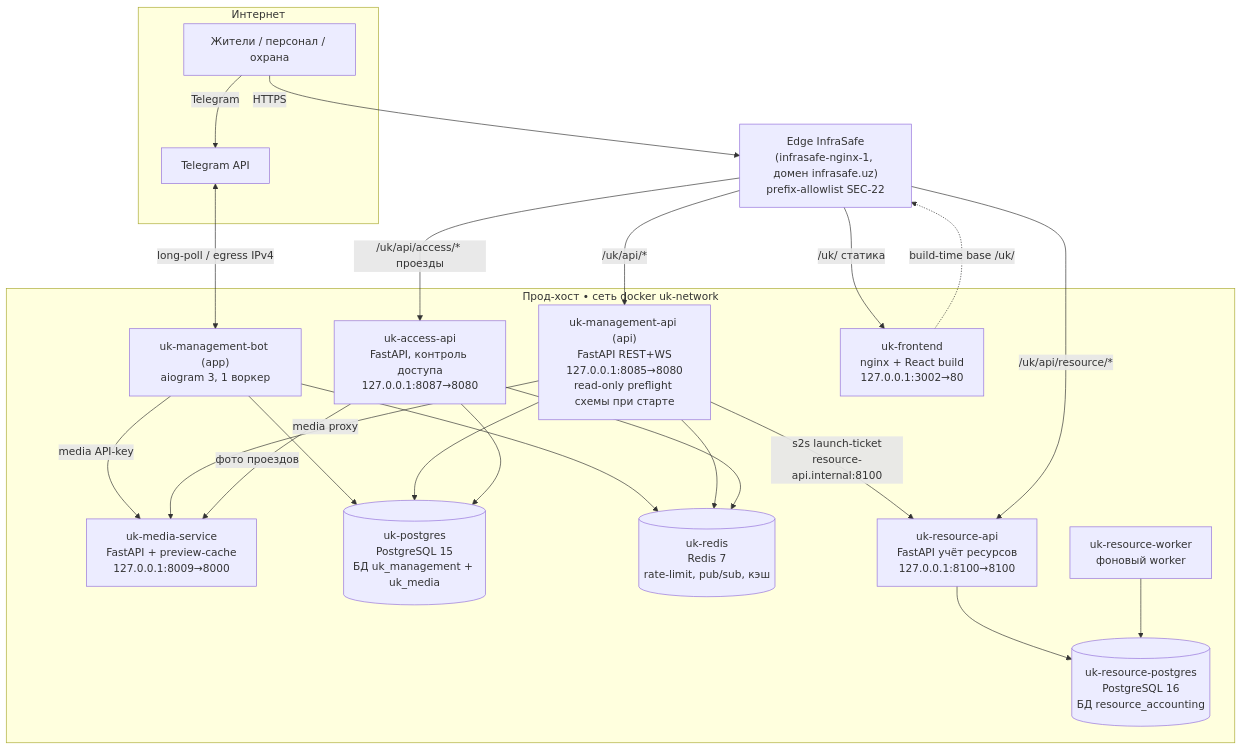
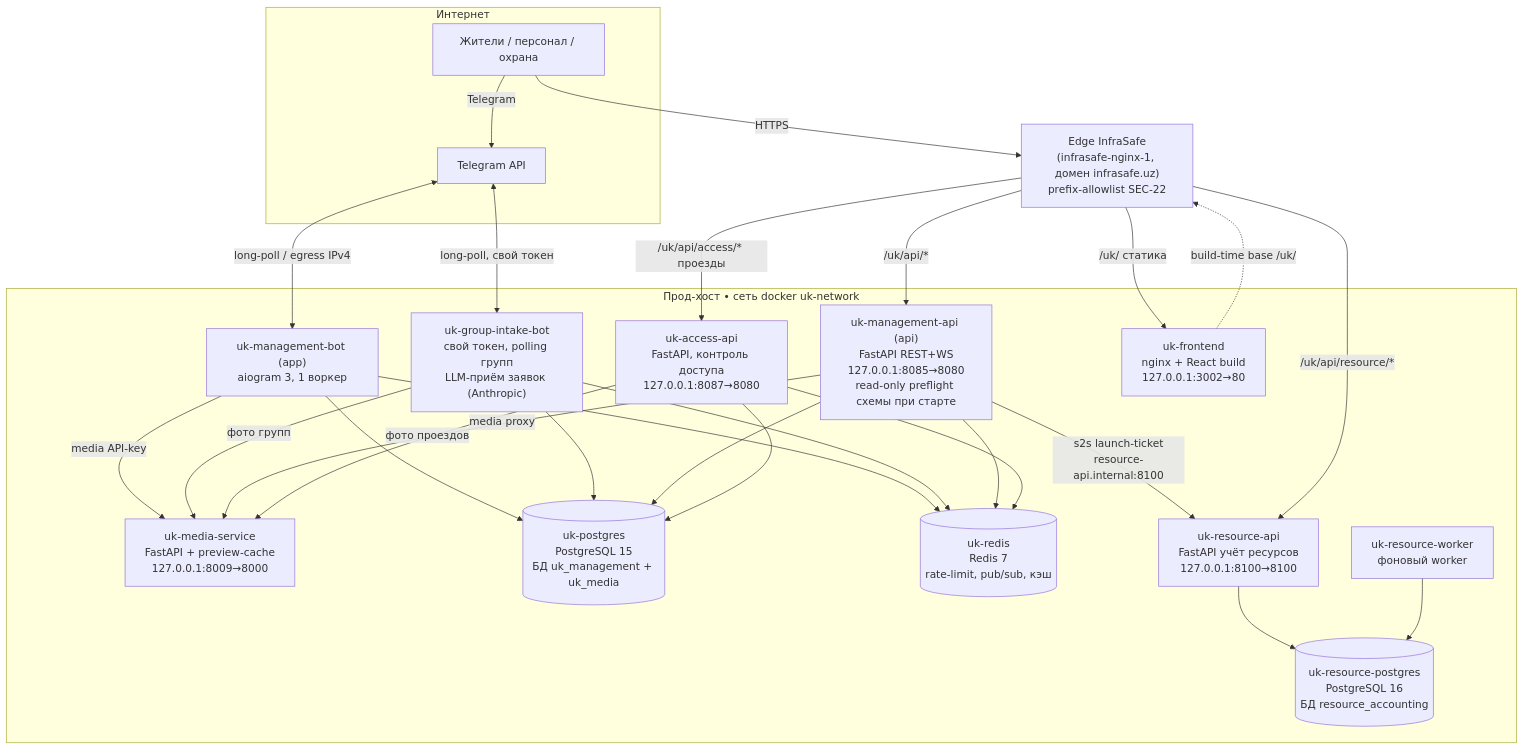
The diagram in docs/tech/ARCHITECTURE.md (a-afanasyev/Infrasafe_bot), drawn with Mermaid before and after one commit. The commit also changed other lines of this file and 13 other files, not shown here.

````diff
--- a/docs/tech/ARCHITECTURE.md
+++ b/docs/tech/ARCHITECTURE.md
@@ -64,44 +66,49 @@
 ```mermaid
 flowchart TB
     subgraph internet[Интернет]
         tg[Telegram API]
         user[Жители / персонал / охрана]
     end
 
     edge["Edge InfraSafe\n(infrasafe-nginx-1, домен infrasafe.uz)\nprefix-allowlist SEC-22"]
 
     subgraph host[Прод-хост • сеть docker uk-network]
         bot["uk-management-bot (app)\naiogram 3, 1 воркер"]
+        gib["uk-group-intake-bot\nсвой токен, polling групп\nLLM-приём заявок (Anthropic)"]
         api["uk-management-api (api)\nFastAPI REST+WS\n127.0.0.1:8085→8080\nread-only preflight схемы при старте"]
         access["uk-access-api\nFastAPI, контроль доступа\n127.0.0.1:8087→8080"]
         front["uk-frontend\nnginx + React build\n127.0.0.1:3002→80"]
         media["uk-media-service\nFastAPI + preview-cache\n127.0.0.1:8009→8000"]
         pg[("uk-postgres\nPostgreSQL 15\nБД uk_management + uk_media")]
         redis[("uk-redis\nRedis 7\nrate-limit, pub/sub, кэш")]
         rapi["uk-resource-api\nFastAPI учёт ресурсов\n127.0.0.1:8100→8100"]
         rworker["uk-resource-worker\nфоновый worker"]
         rpg[("uk-resource-postgres\nPostgreSQL 16\nБД resource_accounting")]
     end
 
     user -->|HTTPS| edge
     user -->|Telegram| tg
     tg <-->|long-poll / egress IPv4| bot
     edge -->|/uk/ статика| front
     edge -->|/uk/api/*| api
     edge -->|/uk/api/access/* проезды| access
 
     bot --> pg
     bot --> redis
     bot -->|media API-key| media
+    tg <-->|long-poll, свой токен| gib
+    gib --> pg
+    gib --> redis
+    gib -->|фото групп| media
     api --> pg
     api --> redis
     api -->|media proxy| media
     access --> pg
     access --> redis
     access -->|фото проездов| media
     api -->|s2s launch-ticket\nresource-api.internal:8100| rapi
     edge -->|/uk/api/resource/*| rapi
     rapi --> rpg
     rworker --> rpg
     front -.->|build-time base /uk/| edge
 ```
````
